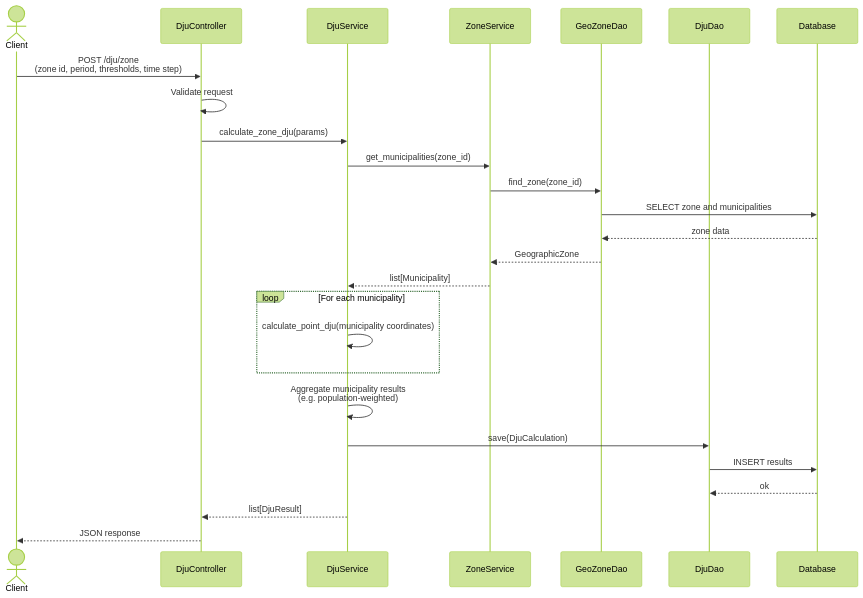
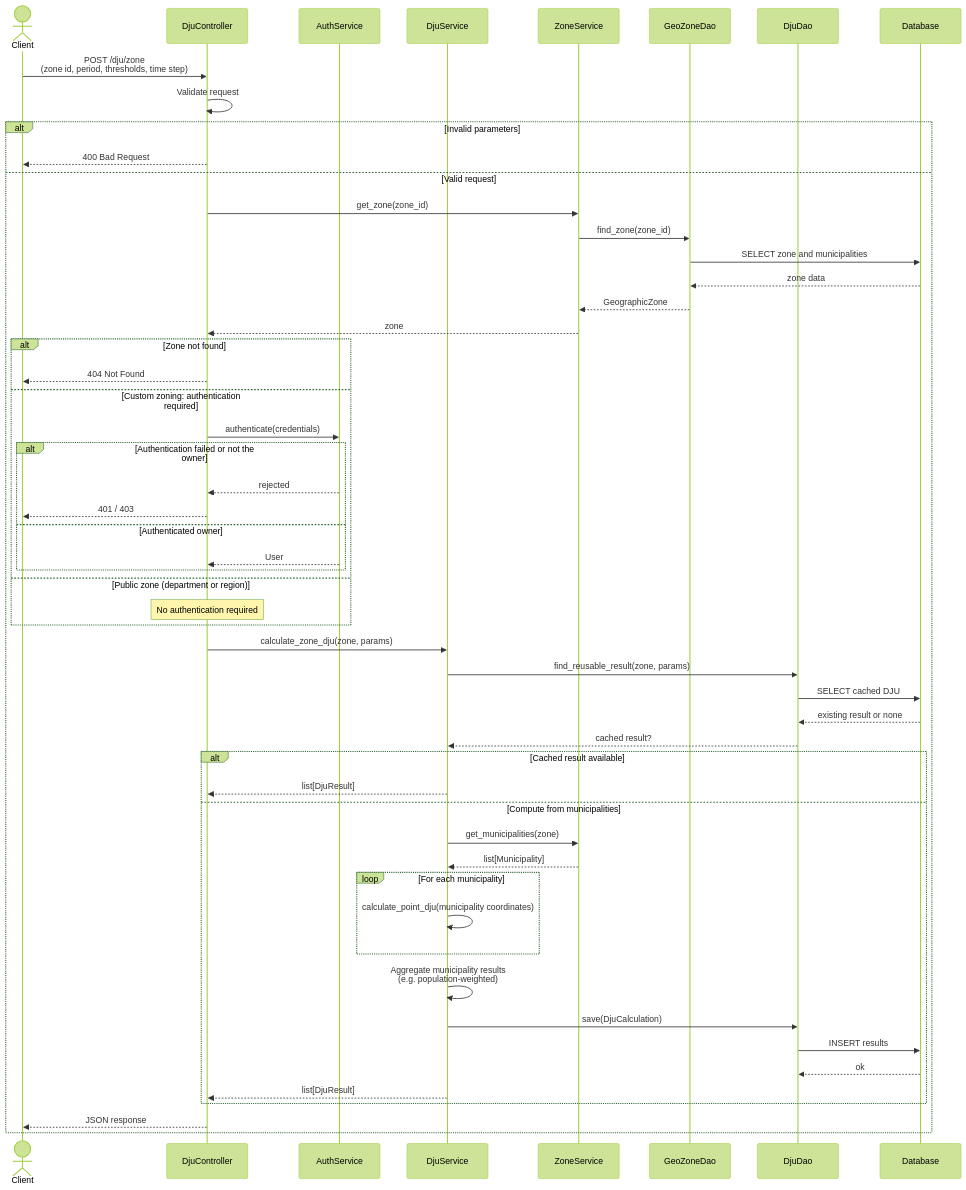
The fourth of 8 diagrams in doc/sequence_diagram.md (gabriel-dahan/ensai-it-project-2a-team12), drawn with Mermaid (forest theme) before and after one commit. The commit also changed other lines of this file and 3 other files, not shown here.

Commit message:
Added activity diagram / edited sequence diagram

````diff
--- a/doc/sequence_diagram.md
+++ b/doc/sequence_diagram.md
@@ -62,33 +149,66 @@
 ```mermaid
 sequenceDiagram
     actor Client
     participant Controller as DjuController
+    participant AuthSvc as AuthService
     participant DjuSvc as DjuService
     participant ZoneSvc as ZoneService
     participant ZoneDao as GeoZoneDao
     participant DjuDao as DjuDao
     participant DB as Database
 
     Client->>Controller: POST /dju/zone<br/>(zone id, period, thresholds, time step)
     Controller->>Controller: Validate request
-    Controller->>DjuSvc: calculate_zone_dju(params)
 
-    DjuSvc->>ZoneSvc: get_municipalities(zone_id)
-    ZoneSvc->>ZoneDao: find_zone(zone_id)
-    ZoneDao->>DB: SELECT zone and municipalities
-    DB-->>ZoneDao: zone data
-    ZoneDao-->>ZoneSvc: GeographicZone
-    ZoneSvc-->>DjuSvc: list[Municipality]
+    alt Invalid parameters
+        Controller-->>Client: 400 Bad Request
+    else Valid request
+        Controller->>ZoneSvc: get_zone(zone_id)
+        ZoneSvc->>ZoneDao: find_zone(zone_id)
+        ZoneDao->>DB: SELECT zone and municipalities
+        DB-->>ZoneDao: zone data
+        ZoneDao-->>ZoneSvc: GeographicZone
+        ZoneSvc-->>Controller: zone
 
-    loop For each municipality
-        DjuSvc->>DjuSvc: calculate_point_dju(municipality coordinates)
+        alt Zone not found
+            Controller-->>Client: 404 Not Found
+        else Custom zoning: authentication required
+            Controller->>AuthSvc: authenticate(credentials)
+            alt Authentication failed or not the owner
+                AuthSvc-->>Controller: rejected
+                Controller-->>Client: 401 / 403
+            else Authenticated owner
+                AuthSvc-->>Controller: User
+            end
+        else Public zone (department or region)
+            Note over Controller: No authentication required
+        end
+
+        Controller->>DjuSvc: calculate_zone_dju(zone, params)
+
+        DjuSvc->>DjuDao: find_reusable_result(zone, params)
+        DjuDao->>DB: SELECT cached DJU
+        DB-->>DjuDao: existing result or none
+        DjuDao-->>DjuSvc: cached result?
+
+        alt Cached result available
+            DjuSvc-->>Controller: list[DjuResult]
+        else Compute from municipalities
+            DjuSvc->>ZoneSvc: get_municipalities(zone)
+            ZoneSvc-->>DjuSvc: list[Municipality]
+
+            loop For each municipality
+                DjuSvc->>DjuSvc: calculate_point_dju(municipality coordinates)
+            end
+
+            DjuSvc->>DjuSvc: Aggregate municipality results<br/>(e.g. population-weighted)
+            DjuSvc->>DjuDao: save(DjuCalculation)
+            DjuDao->>DB: INSERT results
+            DB-->>DjuDao: ok
+
+            DjuSvc-->>Controller: list[DjuResult]
+        end
+
+        Controller-->>Client: JSON response
     end
-
-    DjuSvc->>DjuSvc: Aggregate municipality results<br/>(e.g. population-weighted)
-    DjuSvc->>DjuDao: save(DjuCalculation)
-    DjuDao->>DB: INSERT results
-    DB-->>DjuDao: ok
-
-    DjuSvc-->>Controller: list[DjuResult]
-    Controller-->>Client: JSON response
 ```
````
